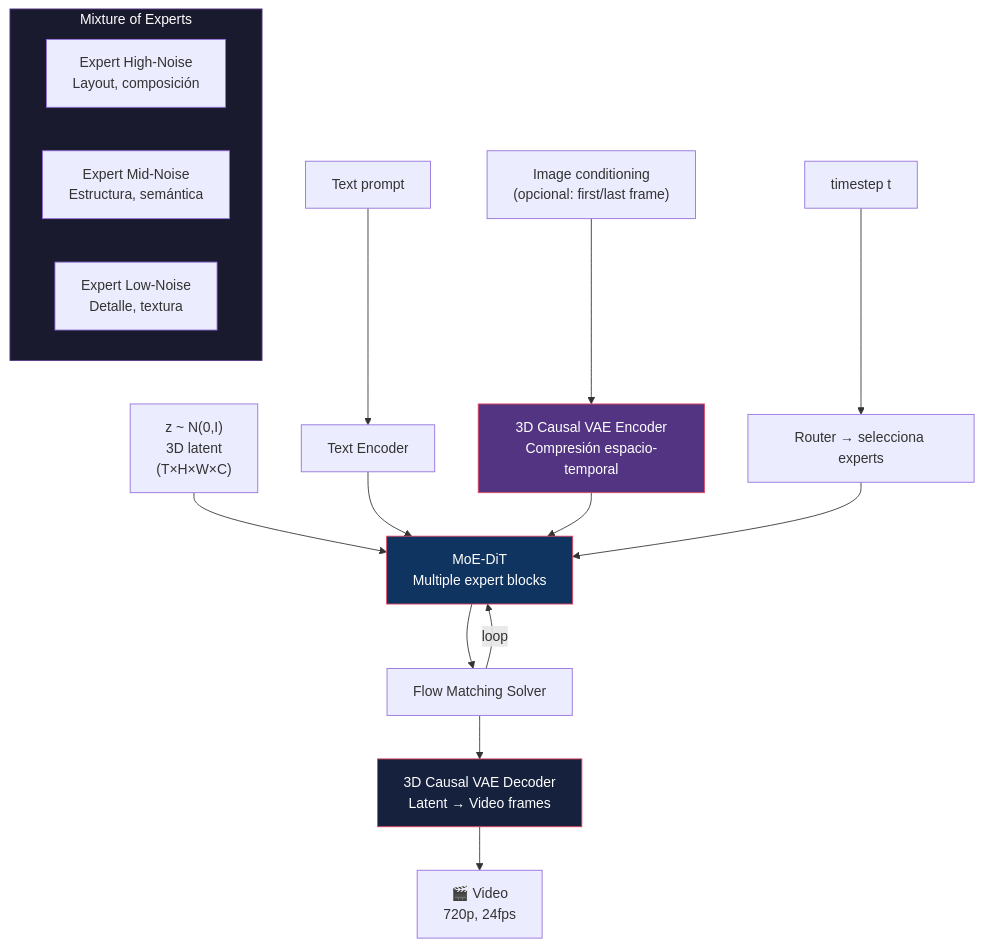
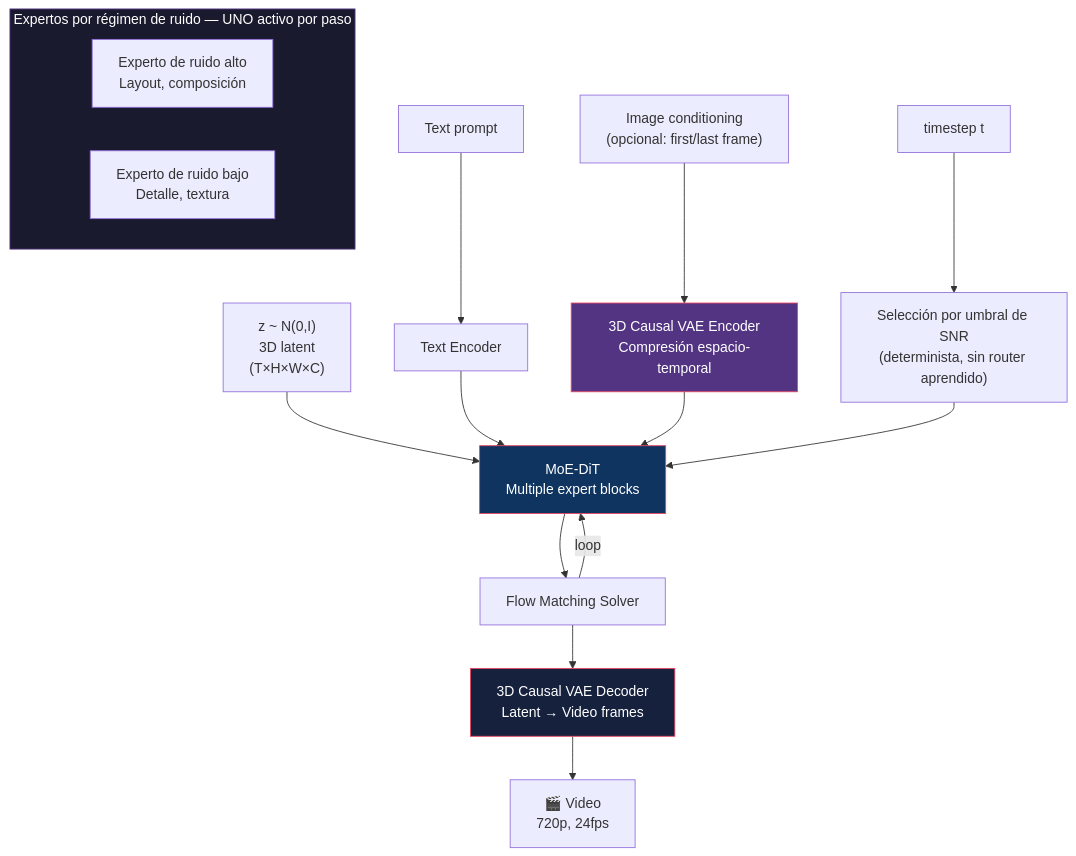
One commit to DavidDevGt/DifusionReal changed the eighth of 11 diagrams in 15-pipelines/README.md. Above: the diagram before and after it, drawn with Mermaid. The commit also changed other lines of this file, not shown here.

````diff
--- a/15-pipelines/README.md
+++ b/15-pipelines/README.md
@@ -322,28 +327,27 @@
 ```mermaid
 graph TB
     PROMPT["Text prompt"] --> TE["Text Encoder"]
     IMG_COND["Image conditioning<br/>(opcional: first/last frame)"] --> VAE_ENC["3D Causal VAE Encoder<br/>Compresión espacio-temporal"]
 
     NOISE["z ~ N(0,I)<br/>3D latent<br/>(T×H×W×C)"] --> MOEDIT["MoE-DiT<br/>Multiple expert blocks"]
 
     TE --> MOEDIT
     VAE_ENC --> MOEDIT
-    TIME["timestep t"] --> ROUTER["Router → selecciona experts"]
+    TIME["timestep t"] --> ROUTER["Selección por umbral de SNR<br/>(determinista, sin router aprendido)"]
     ROUTER --> MOEDIT
 
-    subgraph MoE ["Mixture of Experts"]
-        EXP_H["Expert High-Noise<br/>Layout, composición"]
-        EXP_M["Expert Mid-Noise<br/>Estructura, semántica"]
-        EXP_L["Expert Low-Noise<br/>Detalle, textura"]
+    subgraph MoE ["Expertos por régimen de ruido — UNO activo por paso"]
+        EXP_H["Experto de ruido alto<br/>Layout, composición"]
+        EXP_L["Experto de ruido bajo<br/>Detalle, textura"]
     end
 
     MOEDIT --> SCHED["Flow Matching Solver"]
     SCHED -->|"loop"| MOEDIT
     SCHED --> VAE_DEC["3D Causal VAE Decoder<br/>Latent → Video frames"]
     VAE_DEC --> VIDEO["🎬 Video<br/>720p, 24fps"]
 
     style MOEDIT fill:#0f3460,stroke:#e94560,color:#fff
     style MoE fill:#1a1a2e,stroke:#533483,color:#fff
     style VAE_ENC fill:#533483,stroke:#e94560,color:#fff
     style VAE_DEC fill:#16213e,stroke:#e94560,color:#fff
 ```
````
